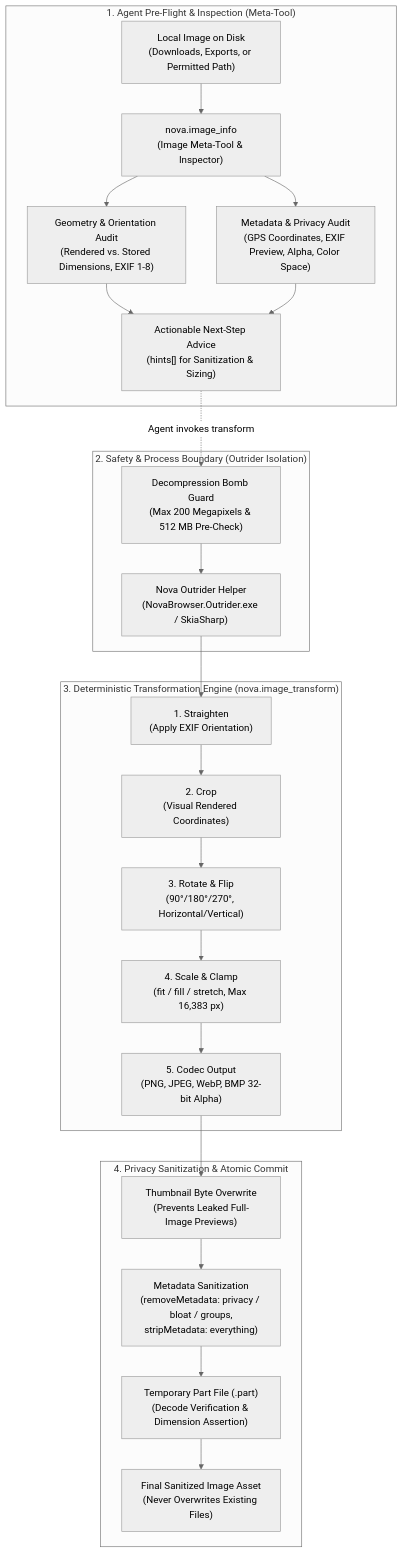
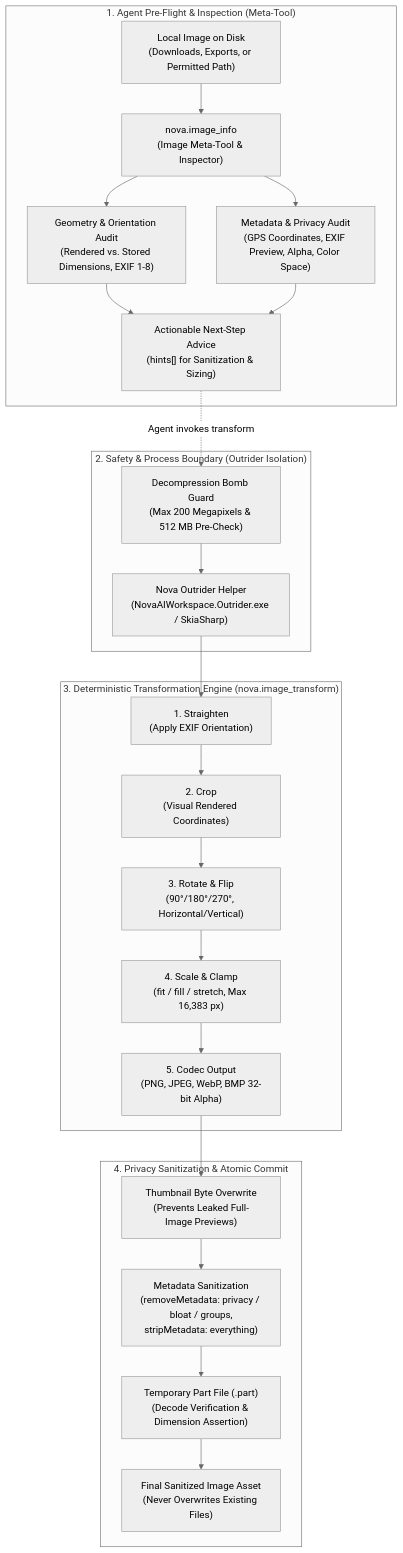
Before and after one commit to joelaniol/nova: the first of 2 diagrams in docs/core-features/media-intelligence/image-processing/README.md, drawn with Mermaid (neutral theme). The commit also changed 58 other files, not shown here.

Commit message:
docs: run_rows tools, fastlane memory tools, NovaAIWorkspace helper names

````diff
--- a/docs/core-features/media-intelligence/image-processing/README.md
+++ b/docs/core-features/media-intelligence/image-processing/README.md
@@ -8,39 +8,39 @@
 ```mermaid
 flowchart TD
     subgraph AgentSpace["1. Agent Pre-Flight & Inspection (Meta-Tool)"]
         SourceImage["Local Image on Disk\n(Downloads, Exports, or Permitted Path)"]
         ImageInfo["nova.image_info\n(Image Meta-Tool & Inspector)"]
         GeometryCheck["Geometry & Orientation Audit\n(Rendered vs. Stored Dimensions, EXIF 1-8)"]
         MetadataAudit["Metadata & Privacy Audit\n(GPS Coordinates, EXIF Preview, Alpha, Color Space)"]
         ActionableHints["Actionable Next-Step Advice\n(hints[] for Sanitization & Sizing)"]
     end
 
     subgraph SafetyGate["2. Safety & Process Boundary (Outrider Isolation)"]
         DecompressionGuard["Decompression Bomb Guard\n(Max 200 Megapixels & 512 MB Pre-Check)"]
-        HelperProcess["Nova Outrider Helper\n(NovaBrowser.Outrider.exe / SkiaSharp)"]
+        HelperProcess["Nova Outrider Helper\n(NovaAIWorkspace.Outrider.exe / SkiaSharp)"]
     end
 
     subgraph TransformPipeline["3. Deterministic Transformation Engine (nova.image_transform)"]
         StraightenStep["1. Straighten\n(Apply EXIF Orientation)"]
         CropStep["2. Crop\n(Visual Rendered Coordinates)"]
         RotateFlipStep["3. Rotate & Flip\n(90°/180°/270°, Horizontal/Vertical)"]
         ResizeStep["4. Scale & Clamp\n(fit / fill / stretch, Max 16,383 px)"]
         EncodeStep["5. Codec Output\n(PNG, JPEG, WebP, BMP 32-bit Alpha)"]
     end
 
     subgraph PrivacyCommit["4. Privacy Sanitization & Atomic Commit"]
         ThumbOverwrite["Thumbnail Byte Overwrite\n(Prevents Leaked Full-Image Previews)"]
         MetaStrip["Metadata Sanitization\n(removeMetadata: privacy / bloat / groups,\nstripMetadata: everything)"]
         PartFile["Temporary Part File (.part)\n(Decode Verification & Dimension Assertion)"]
         FinalImage["Final Sanitized Image Asset\n(Never Overwrites Existing Files)"]
     end
 
     SourceImage --> ImageInfo
     ImageInfo --> GeometryCheck & MetadataAudit
     GeometryCheck & MetadataAudit --> ActionableHints
 
     ActionableHints -.->|Agent invokes transform| DecompressionGuard
     DecompressionGuard --> HelperProcess
     HelperProcess --> StraightenStep --> CropStep --> RotateFlipStep --> ResizeStep --> EncodeStep
     EncodeStep --> ThumbOverwrite --> MetaStrip --> PartFile --> FinalImage
 ```
````
